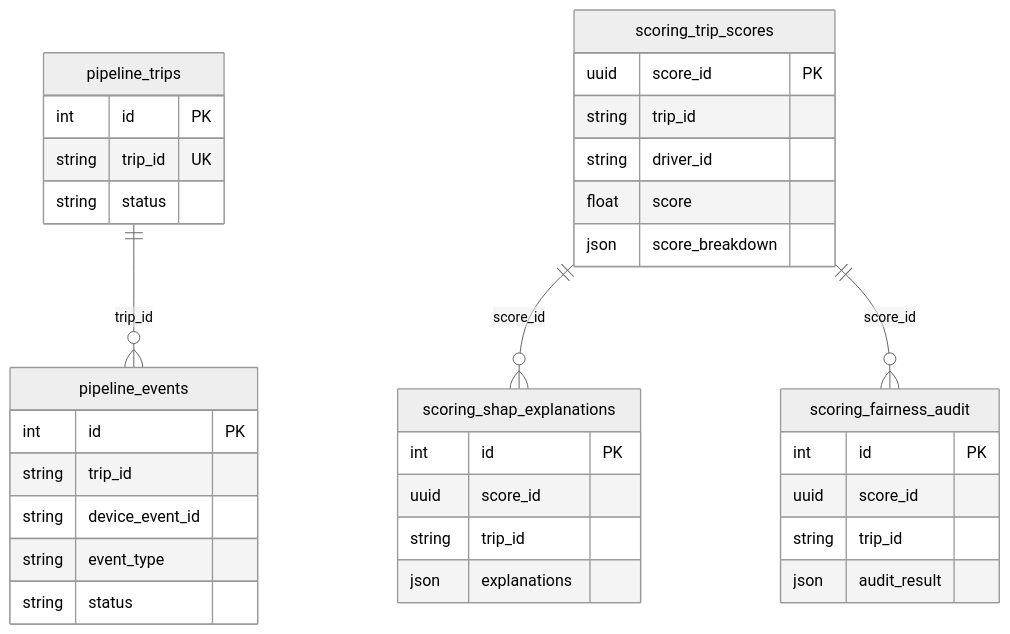
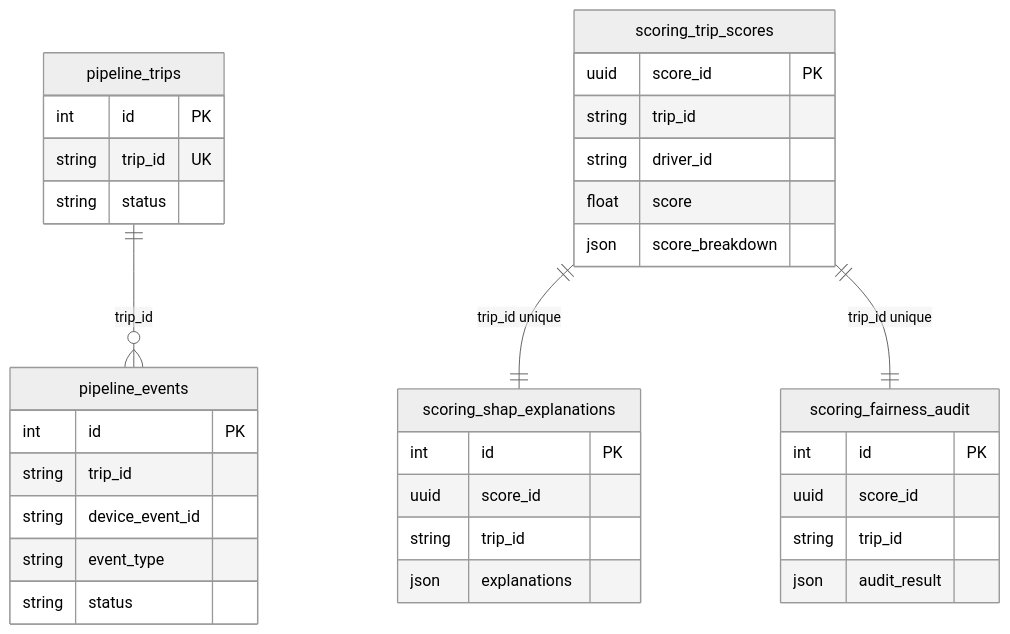
One commit to tracedata-ai/tracedata-ai-monorepo changed the fourth of 5 diagrams in docs/03-agents/35_scoring_agent.md. Above: the diagram before and after it, drawn with Mermaid (neutral theme). The commit also changed other lines of this file and 5 other files, not shown here.

````diff
--- a/docs/03-agents/35_scoring_agent.md
+++ b/docs/03-agents/35_scoring_agent.md
@@ -195,42 +195,42 @@
 ```mermaid
 erDiagram
   pipeline_events {
     int id PK
     string trip_id
     string device_event_id
     string event_type
     string status
   }
 
   pipeline_trips {
     int id PK
     string trip_id UK
     string status
   }
 
   scoring_trip_scores {
     uuid score_id PK
     string trip_id
     string driver_id
     float score
     json score_breakdown
   }
 
   scoring_shap_explanations {
     int id PK
     uuid score_id
     string trip_id
     json explanations
   }
 
   scoring_fairness_audit {
     int id PK
     uuid score_id
     string trip_id
     json audit_result
   }
 
   pipeline_trips ||--o{ pipeline_events : "trip_id"
-  scoring_trip_scores ||--o{ scoring_shap_explanations : "score_id"
-  scoring_trip_scores ||--o{ scoring_fairness_audit : "score_id"
+  scoring_trip_scores ||--|| scoring_shap_explanations : "trip_id unique"
+  scoring_trip_scores ||--|| scoring_fairness_audit : "trip_id unique"
 ```
````
